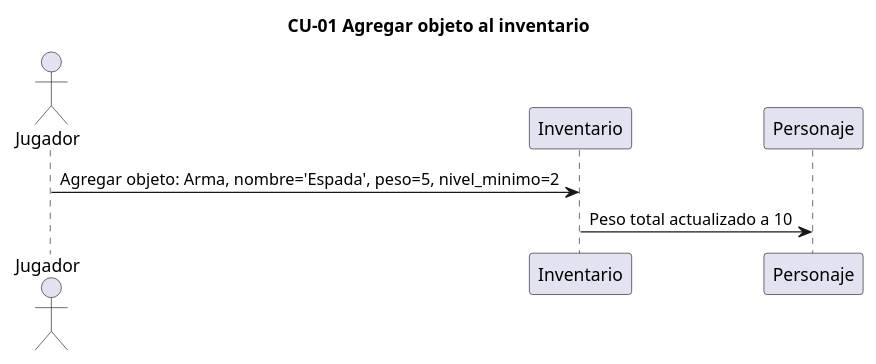
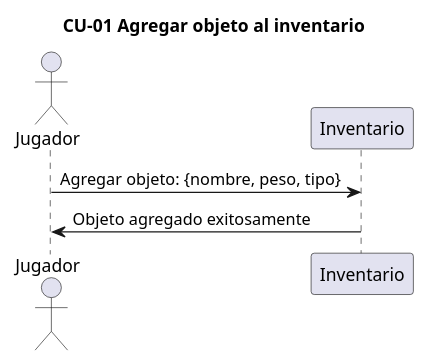
One commit to Samuel-uxn/analisis-final-g02 changed the diagram in salida/diagramas/04_secuencia_CU-01.puml. Above: the diagram before and after it, drawn with PlantUML. The commit also changed 21 other files, not shown here.

```diff
--- a/salida/diagramas/04_secuencia_CU-01.puml
+++ b/salida/diagramas/04_secuencia_CU-01.puml
@@ -1,10 +1,9 @@
 @startuml
 ' Generado por spec2code. Es una PROPUESTA del pipeline: audítala contra la spec.
 title CU-01 Agregar objeto al inventario
 actor "Jugador" as P1
 participant "Inventario" as P2
-participant "Personaje" as P3
 
-P1 -> P2 : Agregar objeto: Arma, nombre='Espada', peso=5, nivel_minimo=2
-P2 -> P3 : Peso total actualizado a 10
+P1 -> P2 : Agregar objeto: {nombre, peso, tipo}
+P2 -> P1 : Objeto agregado exitosamente
 @enduml
```
